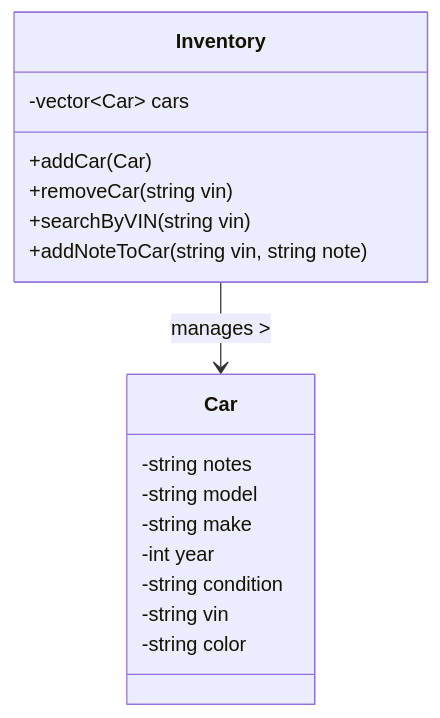
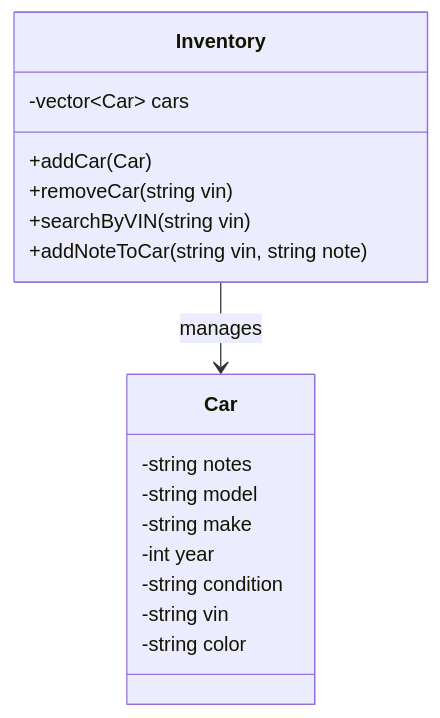
Before and after one commit to NicholasSeward/cpsc2376-sewardn: the diagram in practice/practice11/design.md, drawn with Mermaid.

````diff
--- a/practice/practice11/design.md
+++ b/practice/practice11/design.md
@@ -65,22 +65,22 @@
 ```mermaid
 classDiagram
     class Car {
         -string notes
         -string model
         -string make
         -int year
         -string condition
         -string vin
         -string color
     }
 
     class Inventory {
         -vector~Car~ cars
         +addCar(Car)
         +removeCar(string vin)
         +searchByVIN(string vin)
         +addNoteToCar(string vin, string note)
     }
 
-    Inventory --> Car : manages >
+    Inventory --> Car : manages
 ```
````
